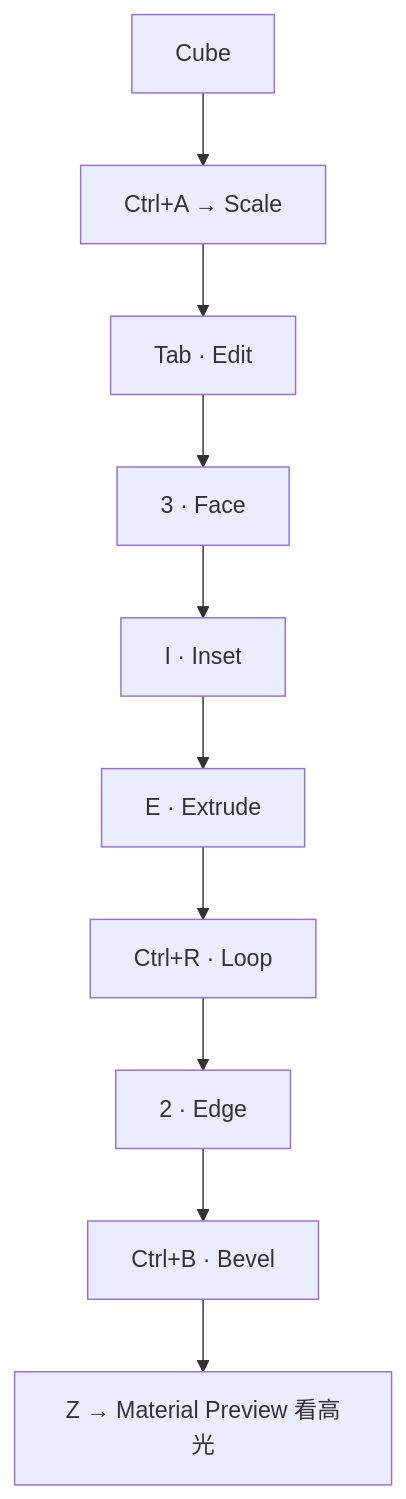
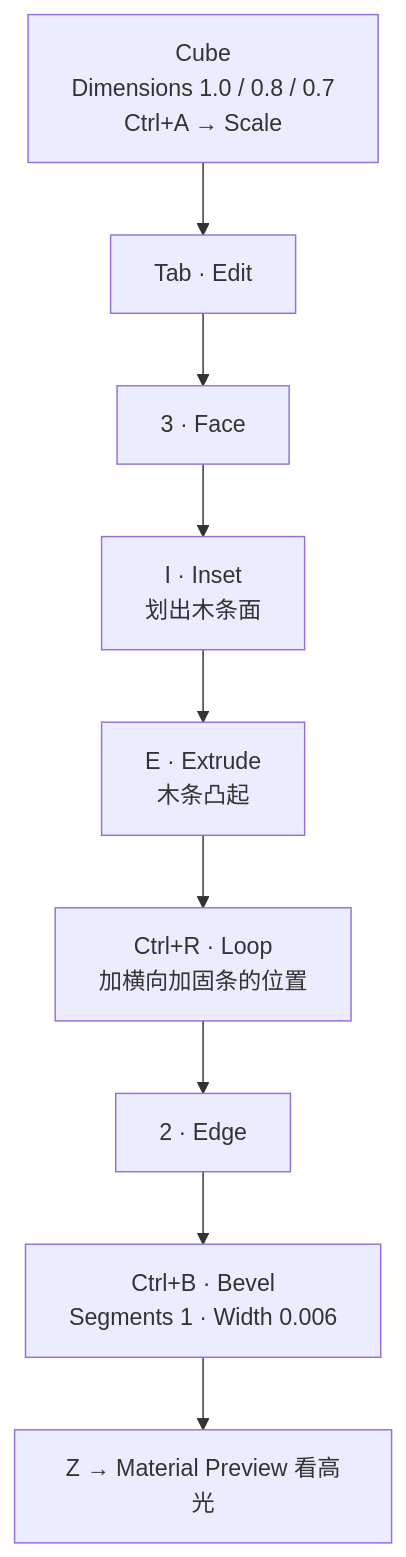
The fourth of 8 diagrams in Blender笔记/00-基础/08-实战练习集.md (liuchamp/blenderdsv1), drawn with Mermaid before and after one commit. The commit also changed other lines of this file and 16 other files, not shown here.

````diff
--- a/Blender笔记/00-基础/08-实战练习集.md
+++ b/Blender笔记/00-基础/08-实战练习集.md
@@ -67,12 +174,11 @@
 ```mermaid
 flowchart TD
-    A["Cube"] --> B["Ctrl+A → Scale"]
-    B --> C["Tab · Edit"]
-    C --> D["3 · Face"]
-    D --> E["I · Inset"]
-    E --> F["E · Extrude"]
-    F --> G["Ctrl+R · Loop"]
-    G --> H["2 · Edge"]
-    H --> I["Ctrl+B · Bevel"]
-    I --> J["Z → Material Preview 看高光"]
+    A["Cube<br/>Dimensions 1.0 / 0.8 / 0.7<br/>Ctrl+A → Scale"] --> B["Tab · Edit"]
+    B --> C["3 · Face"]
+    C --> D["I · Inset<br/>划出木条面"]
+    D --> E["E · Extrude<br/>木条凸起"]
+    E --> F["Ctrl+R · Loop<br/>加横向加固条的位置"]
+    F --> G["2 · Edge"]
+    G --> H["Ctrl+B · Bevel<br/>Segments 1 · Width 0.006"]
+    H --> I["Z → Material Preview 看高光"]
 ```
````
